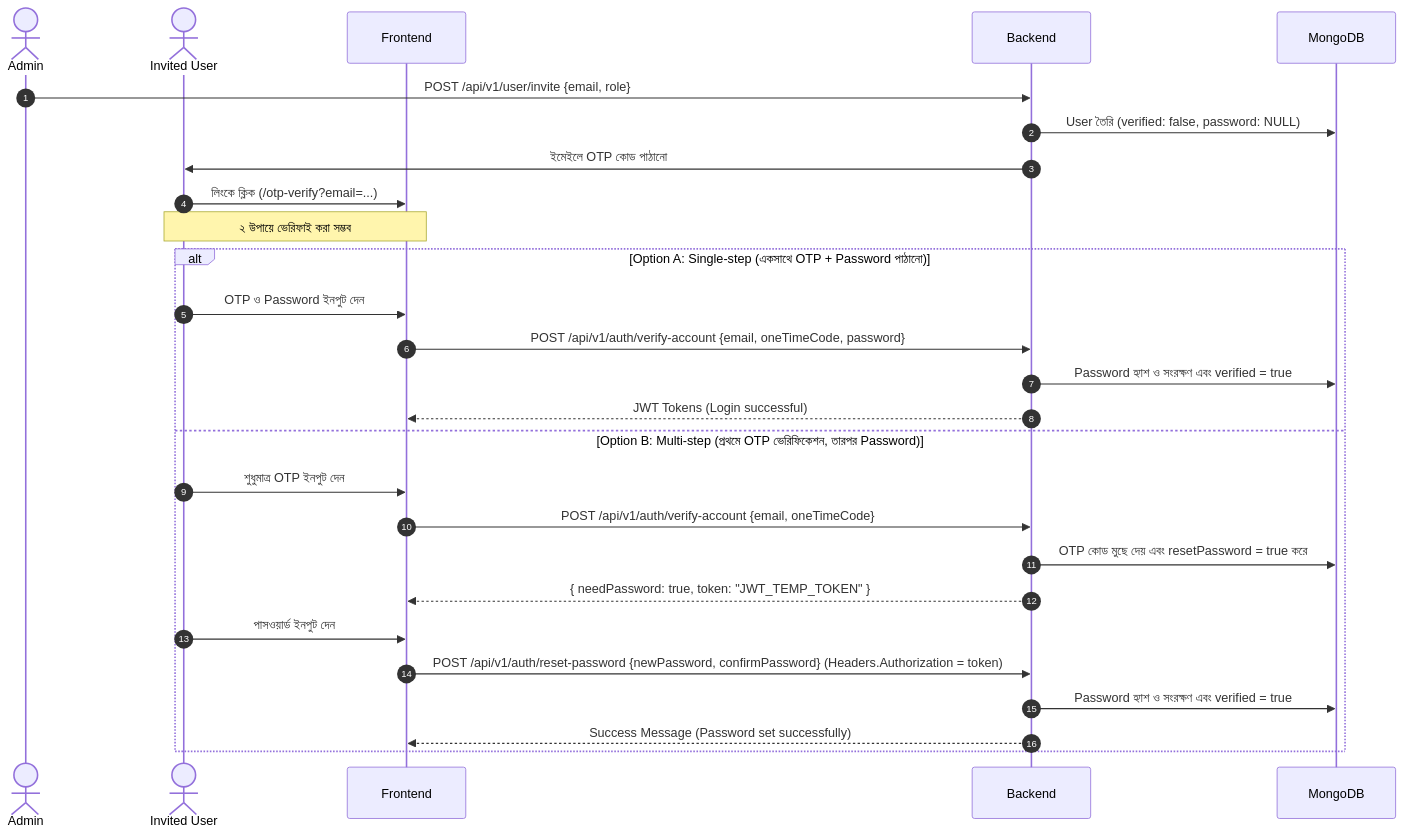
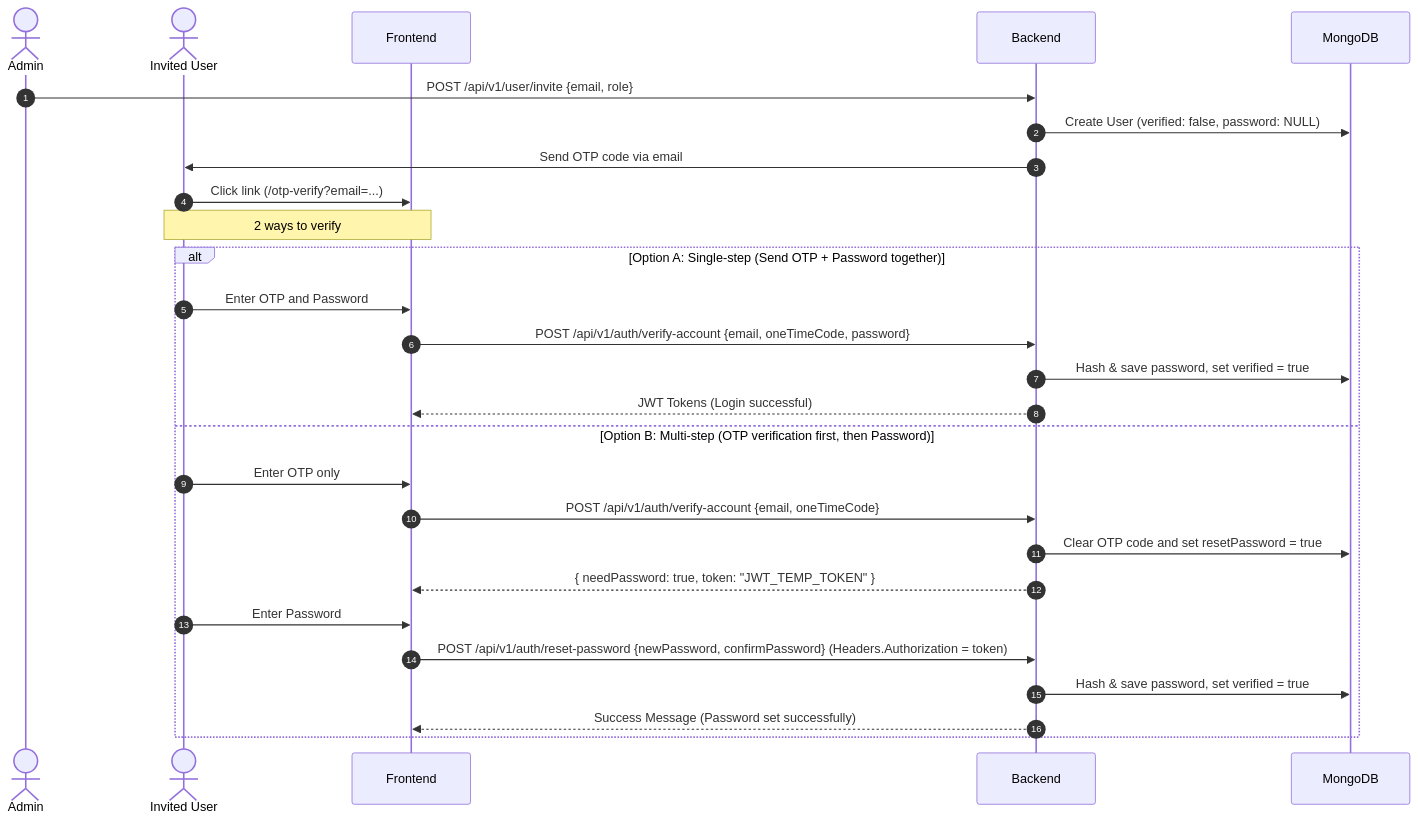
Before and after one commit to Mohosin075/giovafilm-roadtripeado: the diagram in INVITED_USER_VERIFICATION_GUIDE.md, drawn with Mermaid. The commit also changed other lines of this file and 5 other files, not shown here.

````diff
--- a/INVITED_USER_VERIFICATION_GUIDE.md
+++ b/INVITED_USER_VERIFICATION_GUIDE.md
@@ -9,31 +9,31 @@
 ```mermaid
 sequenceDiagram
     autonumber
     actor Admin
     actor InvitedUser as Invited User
     participant Frontend
     participant Backend
     participant DB as MongoDB
 
     Admin->>Backend: POST /api/v1/user/invite {email, role}
-    Backend->>DB: User তৈরি (verified: false, password: NULL)
-    Backend->>InvitedUser: ইমেইলে OTP কোড পাঠানো
-    InvitedUser->>Frontend: লিংকে ক্লিক (/otp-verify?email=...)
-    Note over Frontend, InvitedUser: ২ উপায়ে ভেরিফাই করা সম্ভব
+    Backend->>DB: Create User (verified: false, password: NULL)
+    Backend->>InvitedUser: Send OTP code via email
+    InvitedUser->>Frontend: Click link (/otp-verify?email=...)
+    Note over Frontend, InvitedUser: 2 ways to verify
 
-    alt Option A: Single-step (একসাথে OTP + Password পাঠানো)
-        InvitedUser->>Frontend: OTP ও Password ইনপুট দেন
+    alt Option A: Single-step (Send OTP + Password together)
+        InvitedUser->>Frontend: Enter OTP and Password
         Frontend->>Backend: POST /api/v1/auth/verify-account {email, oneTimeCode, password}
-        Backend->>DB: Password হ্যাশ ও সংরক্ষণ এবং verified = true
+        Backend->>DB: Hash & save password, set verified = true
         Backend-->>Frontend: JWT Tokens (Login successful)
-    else Option B: Multi-step (প্রথমে OTP ভেরিফিকেশন, তারপর Password)
-        InvitedUser->>Frontend: শুধুমাত্র OTP ইনপুট দেন
+    else Option B: Multi-step (OTP verification first, then Password)
+        InvitedUser->>Frontend: Enter OTP only
         Frontend->>Backend: POST /api/v1/auth/verify-account {email, oneTimeCode}
-        Backend->>DB: OTP কোড মুছে দেয় এবং resetPassword = true করে
+        Backend->>DB: Clear OTP code and set resetPassword = true
         Backend-->>Frontend: { needPassword: true, token: "JWT_TEMP_TOKEN" }
-        InvitedUser->>Frontend: পাসওয়ার্ড ইনপুট দেন
+        InvitedUser->>Frontend: Enter Password
         Frontend->>Backend: POST /api/v1/auth/reset-password {newPassword, confirmPassword} (Headers.Authorization = token)
-        Backend->>DB: Password হ্যাশ ও সংরক্ষণ এবং verified = true
+        Backend->>DB: Hash & save password, set verified = true
         Backend-->>Frontend: Success Message (Password set successfully)
     end
 ```
````
